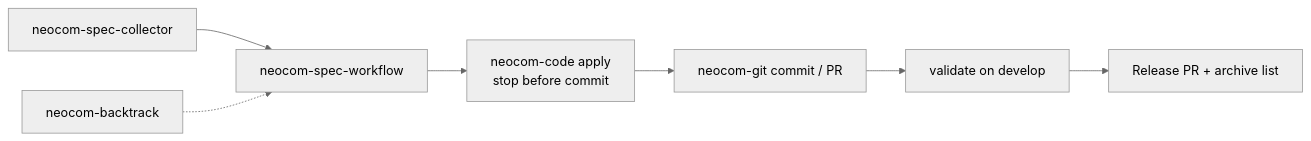
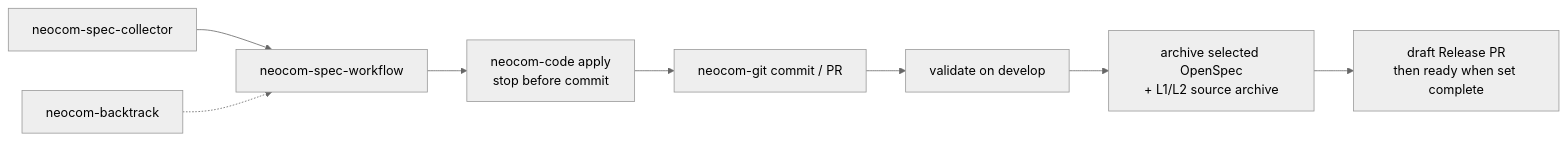
One commit to AdamAntinoo/neocom-meta changed the third of 10 diagrams in .dsh/METHODOLOGY.md. Above: the diagram before and after it, drawn with Mermaid (neutral theme). The commit also changed other lines of this file and 90 other files, not shown here.

````diff
--- a/.dsh/METHODOLOGY.md
+++ b/.dsh/METHODOLOGY.md
@@ -173,9 +176,10 @@
 ```mermaid
 flowchart LR
   collector["neocom-spec-collector"] --> workflow["neocom-spec-workflow"]
   backtrack["neocom-backtrack"] -.-> workflow
   workflow --> code["neocom-code apply<br/>stop before commit"]
   code --> git["neocom-git commit / PR"]
   git --> val["validate on develop"]
-  val --> rel["Release PR + archive list"]
+  val --> arch["archive selected OpenSpec<br/>+ L1/L2 source archive"]
+  arch --> draft["draft Release PR<br/>then ready when set complete"]
 ```
````
